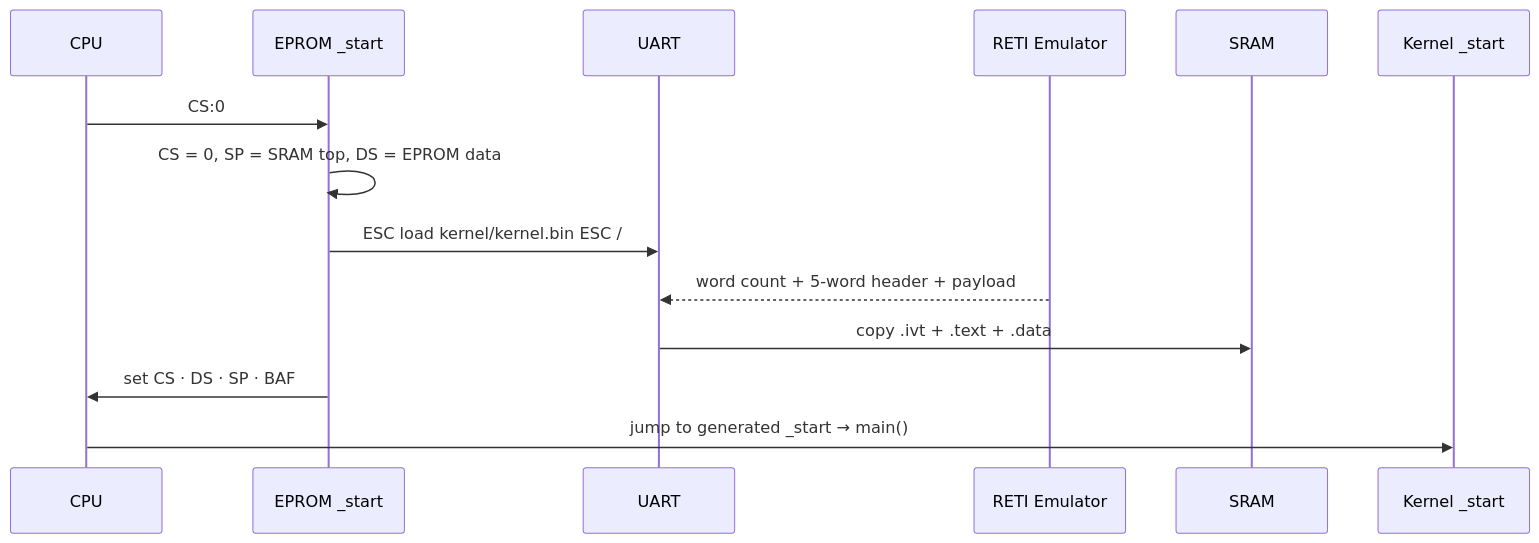
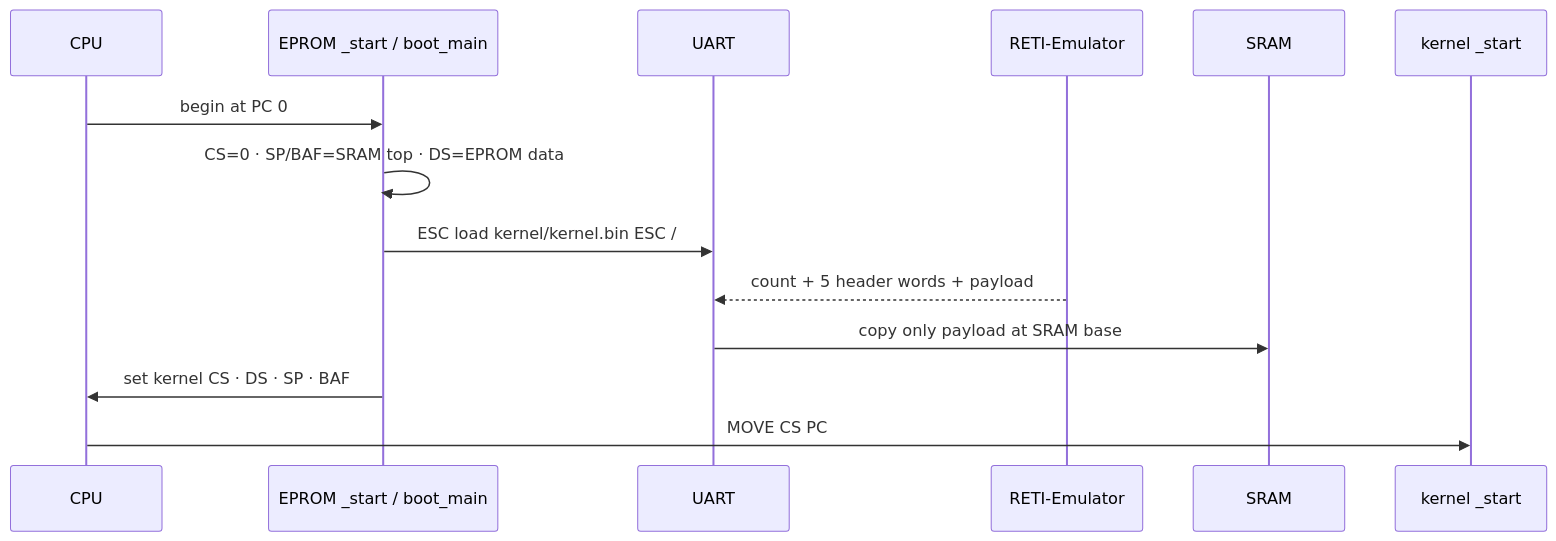
Before and after one commit to matthejue/Pico-OS_Presentation: the third of 13 diagrams in slides.md, drawn with Mermaid. The commit also changed other lines of this file and 10 other files, not shown here.

````diff
--- a/slides.md
+++ b/slides.md
@@ -236,16 +479,16 @@
-```mermaid
+```mermaid {scale:0.82}
 sequenceDiagram
     participant CPU
-    participant EPROM as EPROM _start
+    participant EPROM as EPROM _start / boot_main
     participant UART
-    participant Host as RETI Emulator
+    participant Host as RETI-Emulator
     participant SRAM
-    participant K as Kernel _start
-    CPU->>EPROM: CS:0
-    EPROM->>EPROM: CS = 0, SP = SRAM top, DS = EPROM data
+    participant K as kernel _start
+    CPU->>EPROM: begin at PC 0
+    EPROM->>EPROM: CS=0 · SP/BAF=SRAM top · DS=EPROM data
     EPROM->>UART: ESC load kernel/kernel.bin ESC /
-    Host-->>UART: word count + 5-word header + payload
-    UART->>SRAM: copy .ivt + .text + .data
-    EPROM->>CPU: set CS · DS · SP · BAF
-    CPU->>K: jump to generated _start → main()
+    Host-->>UART: count + 5 header words + payload
+    UART->>SRAM: copy only payload at SRAM base
+    EPROM->>CPU: set kernel CS · DS · SP · BAF
+    CPU->>K: MOVE CS PC
 ```
````
